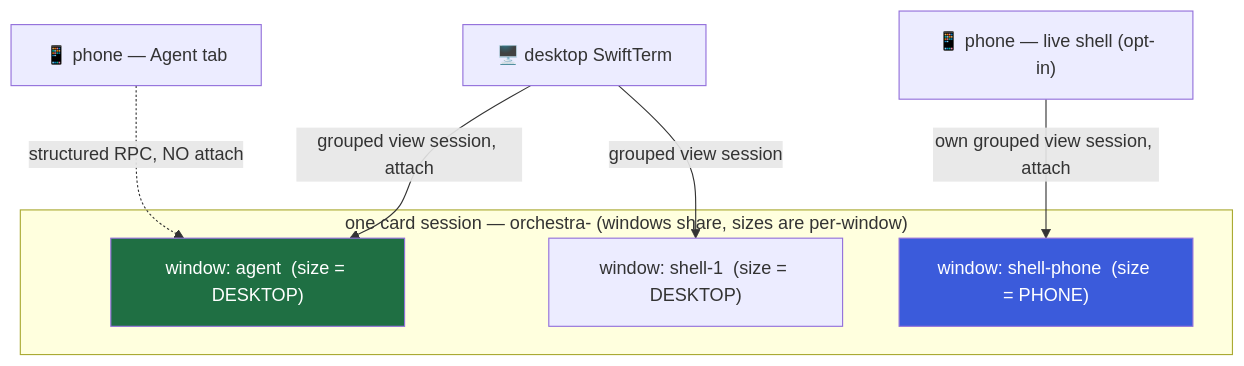
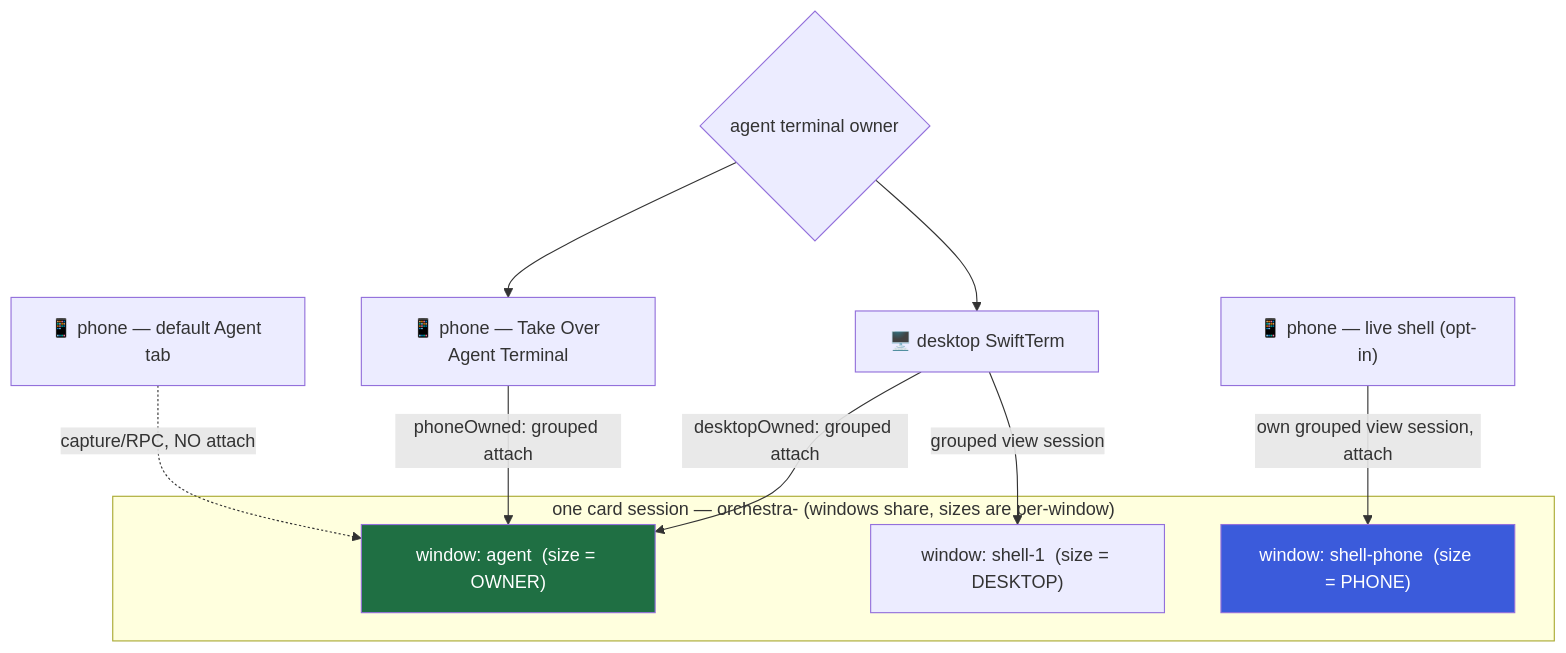
Before and after one commit to PeiAllen/claude-kanban: the diagram in notes/designs/2026-07-03-phone-agent-terminal-ux-design.md, drawn with Mermaid. The commit also changed other lines of this file and 1 other file, not shown here.

First line of the commit message:
design: reframe phone Agent/Terminal UX around capture + exclusive takeover

````diff
--- a/notes/designs/2026-07-03-phone-agent-terminal-ux-design.md
+++ b/notes/designs/2026-07-03-phone-agent-terminal-ux-design.md
@@ -174,14 +251,18 @@
 ```mermaid
 flowchart TD
     subgraph tmux["one card session — orchestra-<id> (windows share, sizes are per-window)"]
-        AW["window: agent  (size = DESKTOP)"]
+        AW["window: agent  (size = OWNER)"]
         SW1["window: shell-1  (size = DESKTOP)"]
         PW["window: shell-phone  (size = PHONE)"]
     end
-    Desktop["🖥️ desktop SwiftTerm"] -->|grouped view session, attach| AW
+    Owner{"agent terminal owner"}
+    Desktop["🖥️ desktop SwiftTerm"] -->|desktopOwned: grouped attach| AW
+    PhoneTakeover["📱 phone — Take Over Agent Terminal"] -->|phoneOwned: grouped attach| AW
     Desktop -->|grouped view session| SW1
-    Phone["📱 phone — Agent tab"] -.->|structured RPC, NO attach| AW
+    Phone["📱 phone — default Agent tab"] -.->|capture/RPC, NO attach| AW
     PhoneShell["📱 phone — live shell (opt-in)"] -->|own grouped view session, attach| PW
+    Owner --> Desktop
+    Owner --> PhoneTakeover
     style AW fill:#1f6f43,color:#fff
     style PW fill:#3b5bdb,color:#fff
 ```
````
